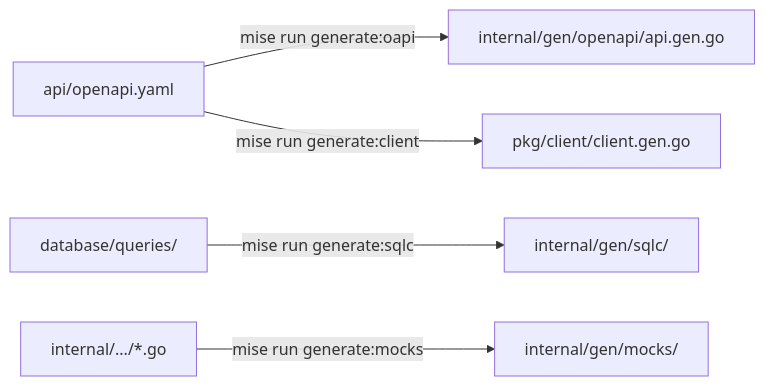
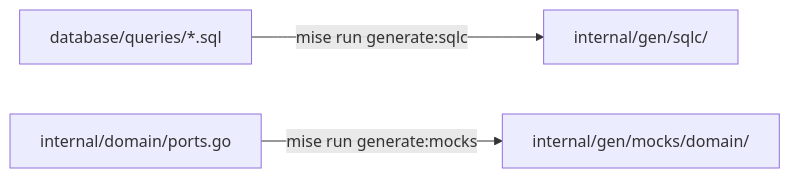
One commit to netologist/go-worker-template changed the second of 2 diagrams in docs/user-guide.md. Above: the diagram before and after it, drawn with Mermaid. The commit also changed other lines of this file and 6 other files, not shown here.

Commit message:
fix(docs): remove missing api.md reference and align docs with worker architecture

````diff
--- a/docs/user-guide.md
+++ b/docs/user-guide.md
@@ -171,7 +174,5 @@
 ```mermaid
 graph LR
-    API["api/openapi.yaml"] -->|mise run generate:oapi| OpenAPIGen["internal/gen/openapi/api.gen.go"]
-    API -->|mise run generate:client| ClientGen["pkg/client/client.gen.go"]
-    SQL["database/queries/"] -->|mise run generate:sqlc| SQLCGen["internal/gen/sqlc/"]
-    Interfaces["internal/.../*.go"] -->|mise run generate:mocks| MocksGen["internal/gen/mocks/"]
+    SQL["database/queries/*.sql"] -->|mise run generate:sqlc| SQLCGen["internal/gen/sqlc/"]
+    Interfaces["internal/domain/ports.go"] -->|mise run generate:mocks| MocksGen["internal/gen/mocks/domain/"]
 ```
````
